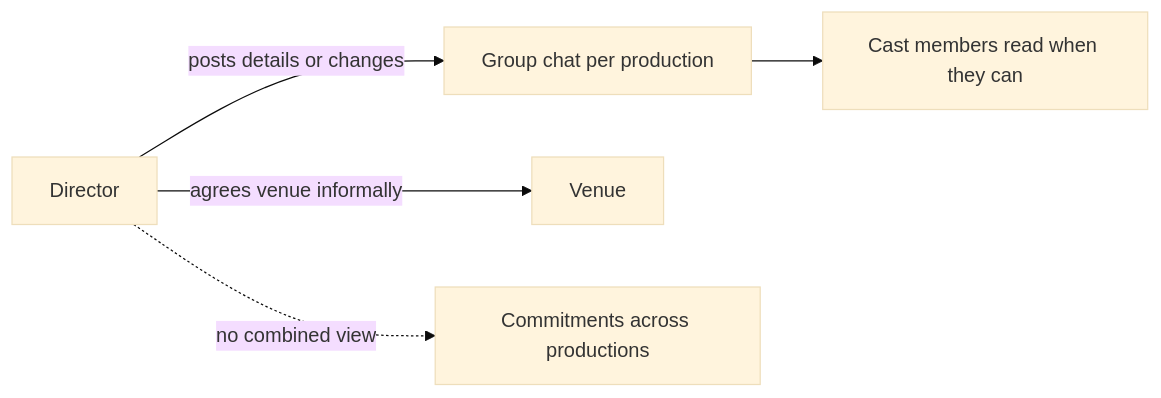
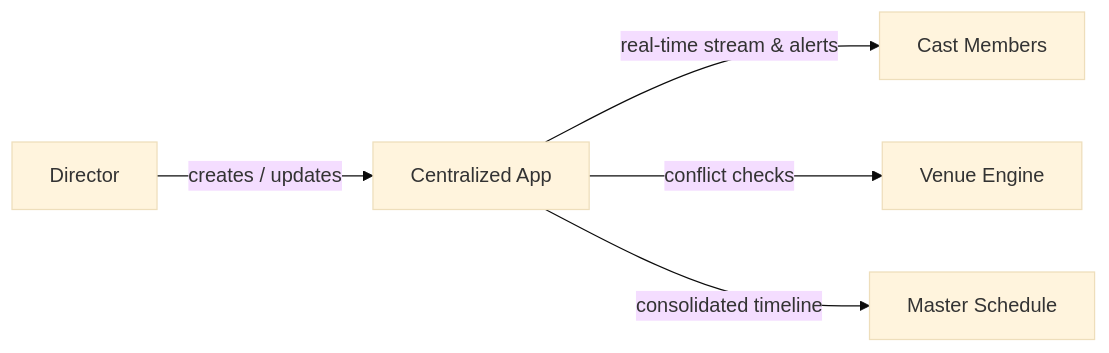
The diagram in docs/problem-analysis.md (kalviumcommunity/SW2627-Theatre-Production-Manager), drawn with Mermaid (base theme) before and after one commit. The commit also changed other lines of this file and 2 other files, not shown here.

````diff
--- a/docs/problem-analysis.md
+++ b/docs/problem-analysis.md
@@ -23,7 +23,7 @@
 ```mermaid
 flowchart LR
-    D[Director] -->|posts details or changes| G[Group chat per production]
-    G --> C[Cast members read when they can]
-    D -->|agrees venue informally| V[Venue]
-    D -.->|no combined view| X[Commitments across productions]
+    D[Director] -->|creates / updates| App[Centralized App]
+    App -->|real-time stream & alerts| C[Cast Members]
+    App -->|conflict checks| V[Venue Engine]
+    App -->|consolidated timeline| M[Master Schedule]
 ```
````
